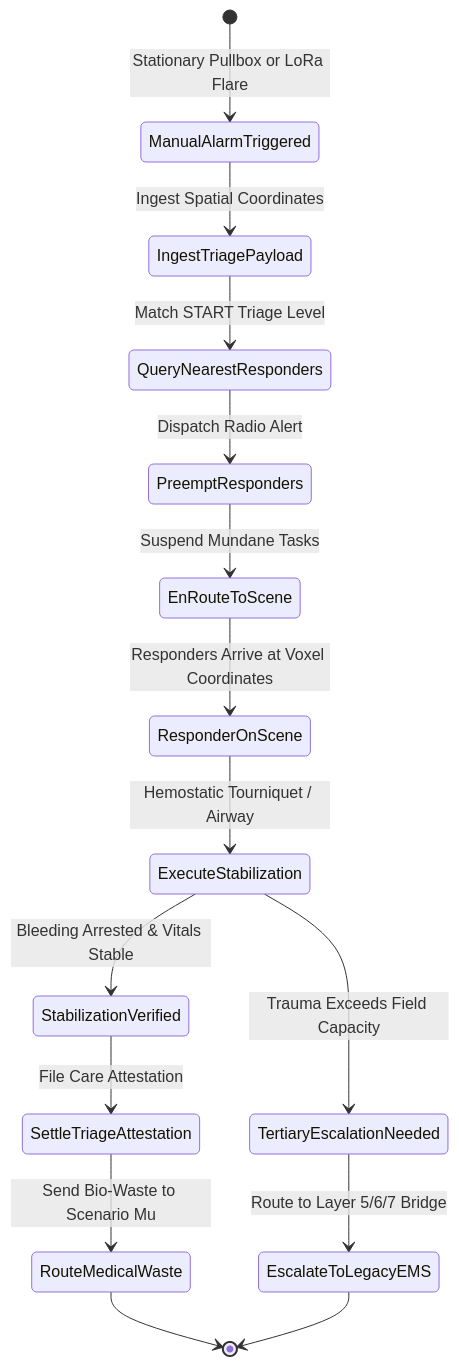
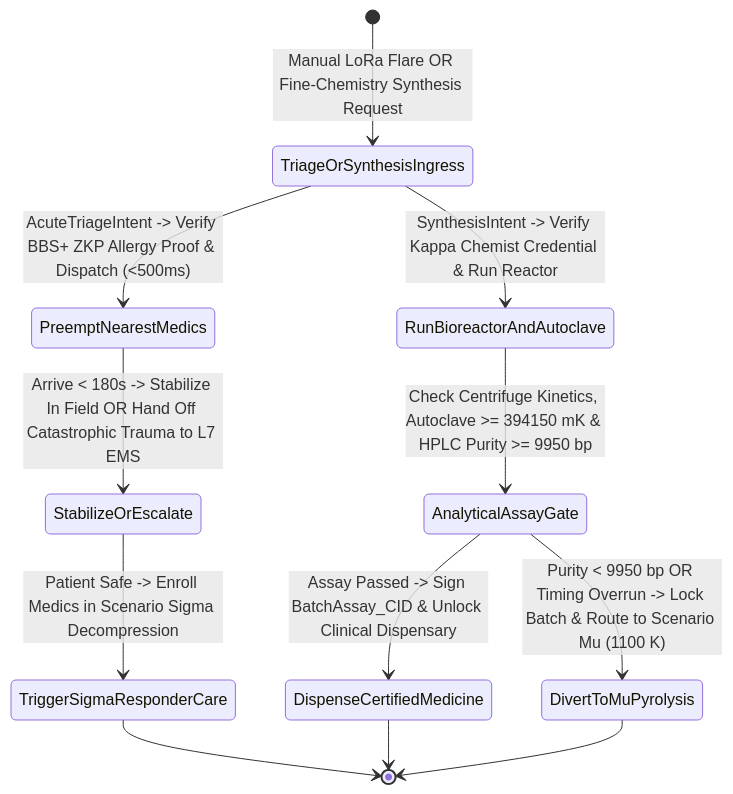
The third of 3 diagrams in docs/scenarios/chi_paramedic.md (raffaine/collective), drawn with Mermaid before and after one commit. The commit also changed other lines of this file and 33 other files, not shown here.

````diff
--- a/docs/scenarios/chi_paramedic.md
+++ b/docs/scenarios/chi_paramedic.md
@@ -87,17 +115,16 @@
 ```mermaid
 stateDiagram-v2
-    [*] --> ManualAlarmTriggered: Stationary Pullbox or LoRa Flare
-    ManualAlarmTriggered --> IngestTriagePayload: Ingest Spatial Coordinates
-    IngestTriagePayload --> QueryNearestResponders: Match START Triage Level
-    QueryNearestResponders --> PreemptResponders: Dispatch Radio Alert
-    PreemptResponders --> EnRouteToScene: Suspend Mundane Tasks
-    EnRouteToScene --> ResponderOnScene: Responders Arrive at Voxel Coordinates
-    ResponderOnScene --> ExecuteStabilization: Hemostatic Tourniquet / Airway
-    ExecuteStabilization --> TertiaryEscalationNeeded: Trauma Exceeds Field Capacity
-    TertiaryEscalationNeeded --> EscalateToLegacyEMS: Route to Layer 5/6/7 Bridge
-    ExecuteStabilization --> StabilizationVerified: Bleeding Arrested & Vitals Stable
-    StabilizationVerified --> SettleTriageAttestation: File Care Attestation
-    SettleTriageAttestation --> RouteMedicalWaste: Send Bio-Waste to Scenario Mu
-    RouteMedicalWaste --> [*]
-    EscalateToLegacyEMS --> [*]
+    [*] --> TriageOrSynthesisIngress: Manual LoRa Flare OR Fine-Chemistry Synthesis Request
+    TriageOrSynthesisIngress --> PreemptNearestMedics: AcuteTriageIntent -> Verify BBS+ ZKP Allergy Proof & Dispatch (<500ms)
+    PreemptNearestMedics --> StabilizeOrEscalate: Arrive < 180s -> Stabilize In Field OR Hand Off Catastrophic Trauma to L7 EMS
+    StabilizeOrEscalate --> TriggerSigmaResponderCare: Patient Safe -> Enroll Medics in Scenario Sigma Decompression
+    TriggerSigmaResponderCare --> [*]
+
+    TriageOrSynthesisIngress --> RunBioreactorAndAutoclave: SynthesisIntent -> Verify Kappa Chemist Credential & Run Reactor
+    RunBioreactorAndAutoclave --> AnalyticalAssayGate: Check Centrifuge Kinetics, Autoclave >= 394150 mK & HPLC Purity >= 9950 bp
+    AnalyticalAssayGate --> DispenseCertifiedMedicine: Assay Passed -> Sign BatchAssay_CID & Unlock Clinical Dispensary
+    DispenseCertifiedMedicine --> [*]
+
+    AnalyticalAssayGate --> DivertToMuPyrolysis: Purity < 9950 bp OR Timing Overrun -> Lock Batch & Route to Scenario Mu (1100 K)
+    DivertToMuPyrolysis --> [*]
 ```
````
